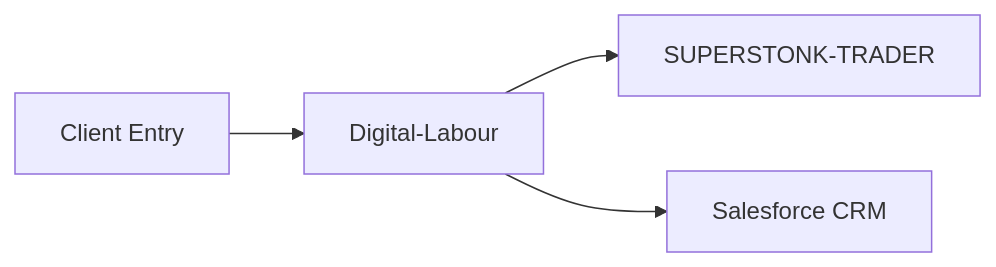
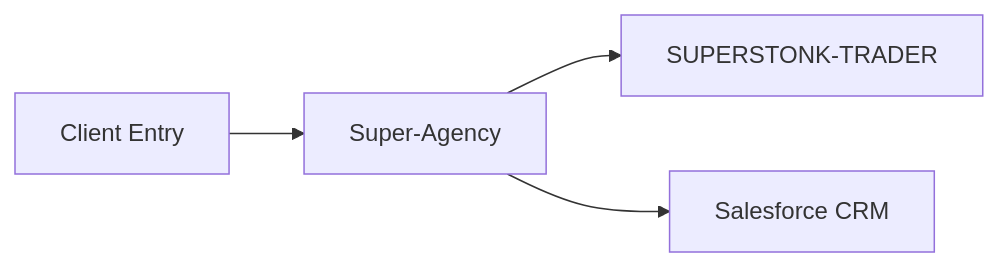
The first of 2 diagrams in super_agency/docs/INTEGRATION_DESIGN.md (ResonanceEnergy/DIGITAL-LABOUR), drawn with Mermaid before and after one commit. The commit also changed other lines of this file and 715 other files, not shown here.

First line of the commit message:
BIT RAGE SYSTEMS v2.0 — Complete Super Agency integration + full rebrand

````diff
--- a/super_agency/docs/INTEGRATION_DESIGN.md
+++ b/super_agency/docs/INTEGRATION_DESIGN.md
@@ -42,6 +42,6 @@
 ```mermaid
 flowchart LR
-    A[Client Entry] --> B[Digital-Labour]
+    A[Client Entry] --> B[Super-Agency]
     B --> C[SUPERSTONK-TRADER]
     B --> D[Salesforce CRM]
 ```
````
